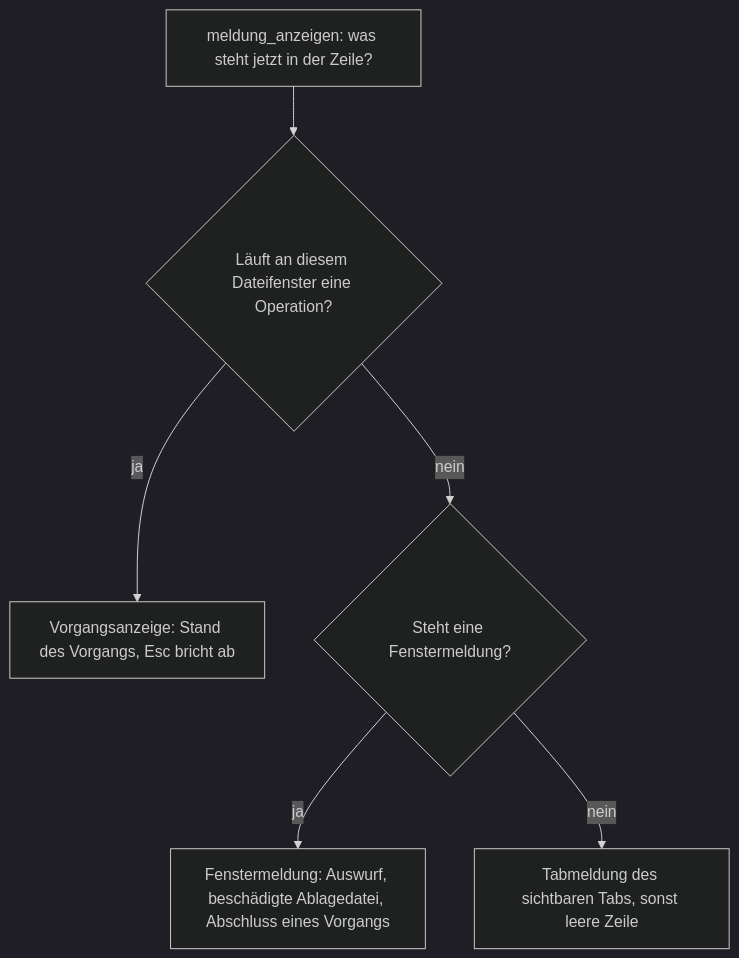
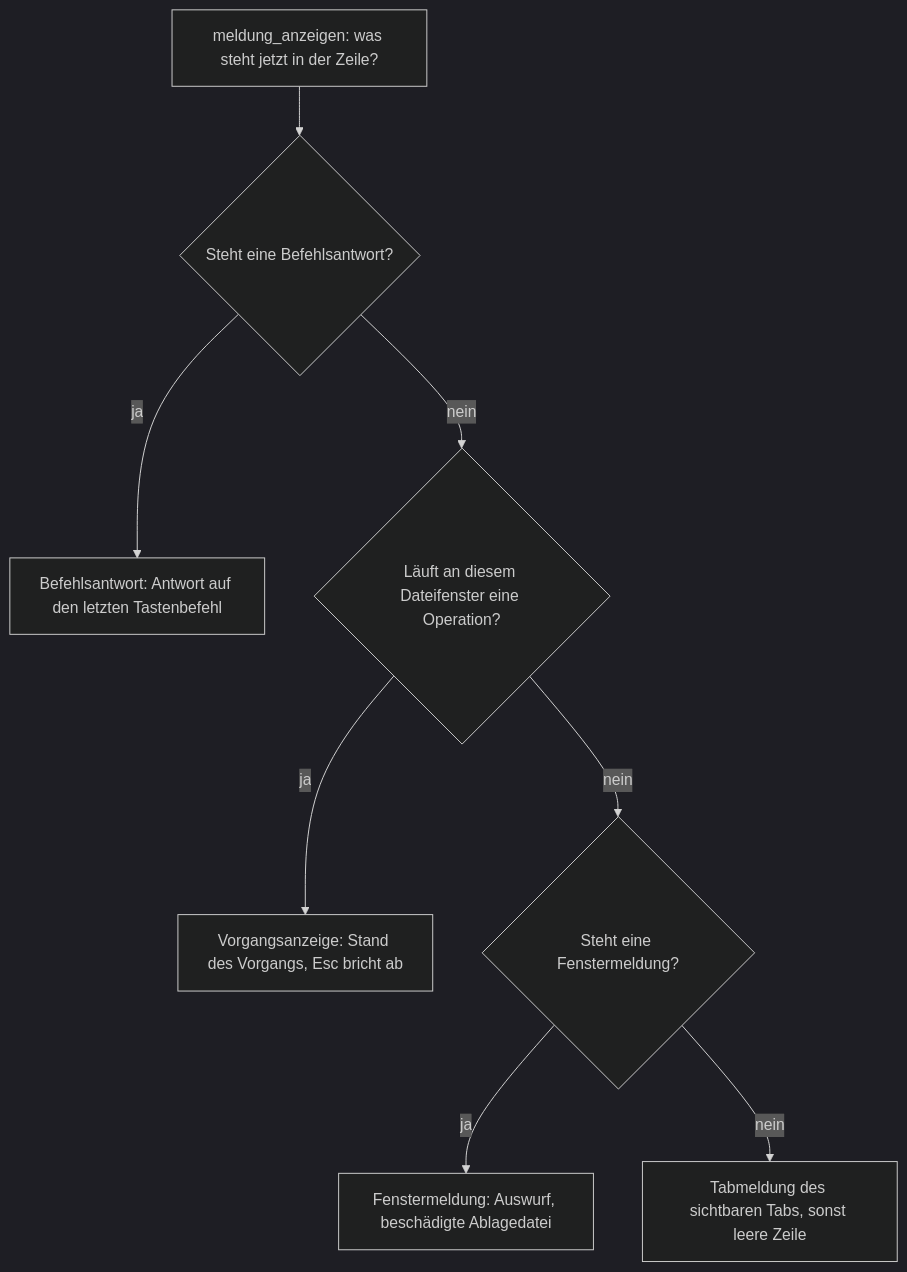
One commit to tenzoki/krk changed the fifth of 6 diagrams in fusion-workbench/circles/260802-0842-krk-mac-dateimanager-editor-git/planning/260802-1428_o_plan-navigator-geruest-runde-1.md. Above: the diagram before and after it, drawn with Mermaid (dark theme). The commit also changed other lines of this file and 21 other files, not shown here.

````diff
--- a/fusion-workbench/circles/260802-0842-krk-mac-dateimanager-editor-git/planning/260802-1428_o_plan-navigator-geruest-runde-1.md
+++ b/fusion-workbench/circles/260802-0842-krk-mac-dateimanager-editor-git/planning/260802-1428_o_plan-navigator-geruest-runde-1.md
@@ -766,8 +801,10 @@
 ```mermaid
 flowchart TD
-  A["meldung_anzeigen: was steht jetzt in der Zeile?"] --> B{"Läuft an diesem Dateifenster eine Operation?"}
+  A["meldung_anzeigen: was steht jetzt in der Zeile?"] --> R{"Steht eine Befehlsantwort?"}
+  R -->|ja| K["Befehlsantwort: Antwort auf den letzten Tastenbefehl"]
+  R -->|nein| B{"Läuft an diesem Dateifenster eine Operation?"}
   B -->|ja| V["Vorgangsanzeige: Stand des Vorgangs, Esc bricht ab"]
   B -->|nein| C{"Steht eine Fenstermeldung?"}
-  C -->|ja| F["Fenstermeldung: Auswurf, beschädigte Ablagedatei, Abschluss eines Vorgangs"]
+  C -->|ja| F["Fenstermeldung: Auswurf, beschädigte Ablagedatei"]
   C -->|nein| T["Tabmeldung des sichtbaren Tabs, sonst leere Zeile"]
 ```
````
